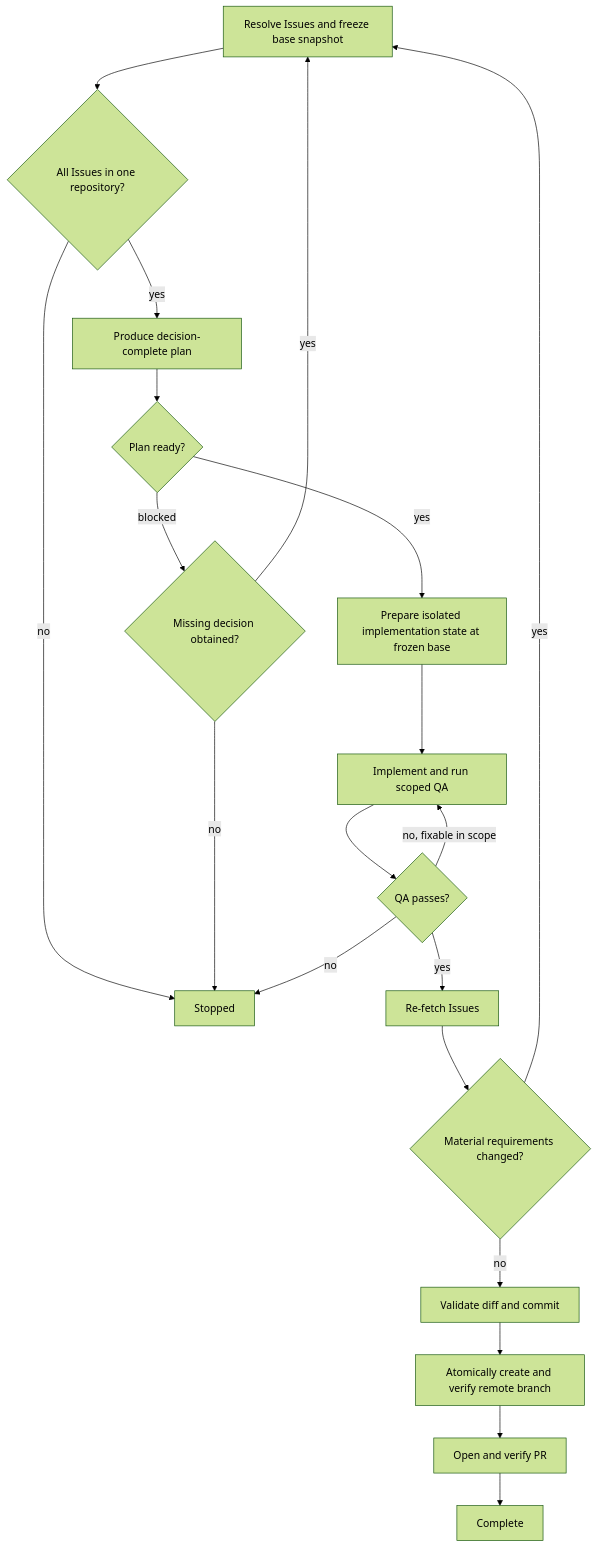
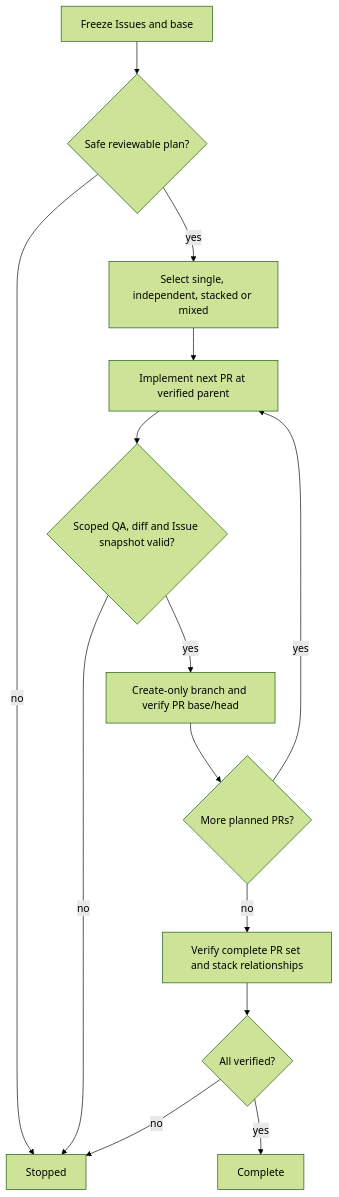
Before and after one commit to dceoy/pr-loop: the diagram in skills/issue-to-pr/SKILL.md, drawn with Mermaid (forest theme). The commit also changed other lines of this file and 3 other files, not shown here.

First line of the commit message:
feat: support independent and stacked PRs for issue-driven development (#54)

````diff
--- a/skills/issue-to-pr/SKILL.md
+++ b/skills/issue-to-pr/SKILL.md
@@ -45,22 +49,16 @@
 ```mermaid
 flowchart TD
-  A[Resolve Issues and freeze base snapshot] --> B{All Issues in one repository?}
+  A[Freeze Issues and base] --> B{Safe reviewable plan?}
   B -->|no| X[Stopped]
-  B -->|yes| C[Produce decision-complete plan]
-  C --> D{Plan ready?}
-  D -->|blocked| E{Missing decision obtained?}
+  B -->|yes| C[Select single, independent, stacked or mixed]
+  C --> D[Implement next PR at verified parent]
+  D --> E{Scoped QA, diff and Issue snapshot valid?}
   E -->|no| X
-  E -->|yes| A
-  D -->|yes| F[Prepare isolated implementation state at frozen base]
-  F --> G[Implement and run scoped QA]
-  G --> H{QA passes?}
-  H -->|no, fixable in scope| G
-  H -->|no| X
-  H -->|yes| I[Re-fetch Issues]
-  I --> J{Material requirements changed?}
-  J -->|yes| A
-  J -->|no| K[Validate diff and commit]
-  K --> L[Atomically create and verify remote branch]
-  L --> M[Open and verify PR]
-  M --> N[Complete]
+  E -->|yes| F[Create-only branch and verify PR base/head]
+  F --> G{More planned PRs?}
+  G -->|yes| D
+  G -->|no| H[Verify complete PR set and stack relationships]
+  H --> I{All verified?}
+  I -->|no| X
+  I -->|yes| J[Complete]
 ```
````
